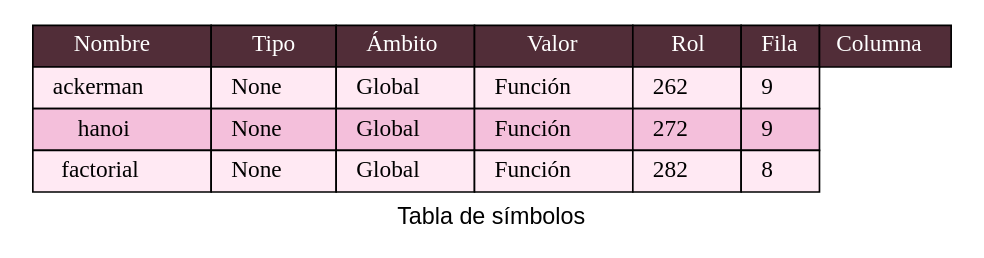
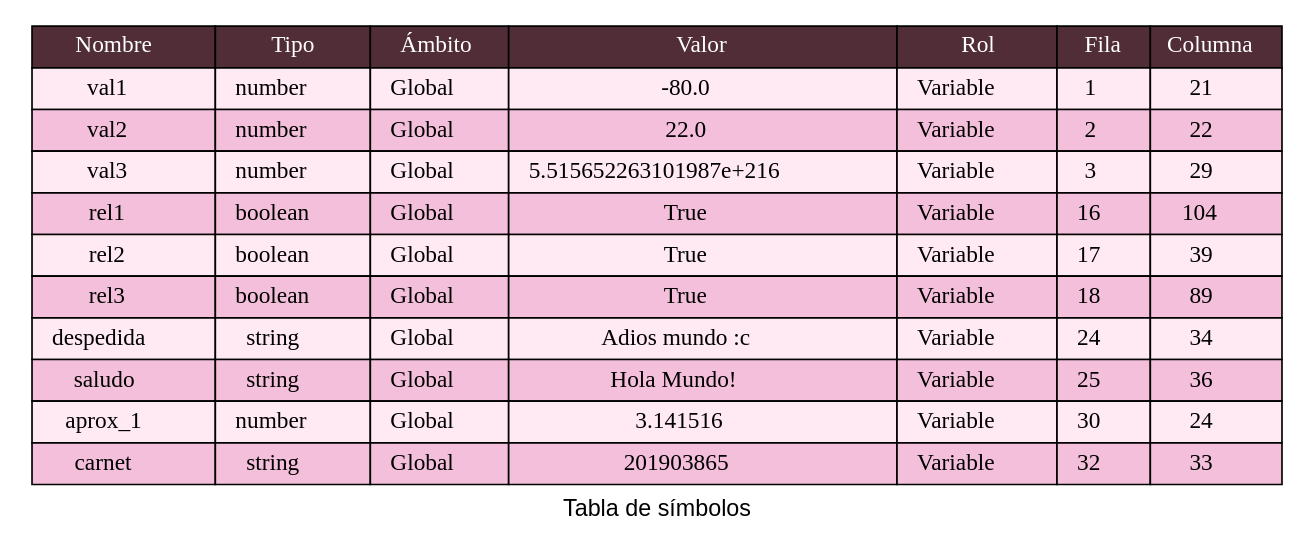
Before and after one commit to LuisaMariaO/OLC2P1-Luisa-Ortiz-Marjorie-Reyes: the diagram in Fase 1/backend/TablaSimbolos.dot, drawn with Graphviz. The commit also changed 9 other files, not shown here.

```diff
--- a/Fase 1/backend/TablaSimbolos.dot
+++ b/Fase 1/backend/TablaSimbolos.dot
@@ -1,42 +1,108 @@
 digraph {
             fontname="Arial"
             label = "Tabla de símbolos"
             node[shape=none]
             n1[label=<
             <table BORDER="0" CELLBORDER="1" CELLSPACING="0" CELLPADDING="4">]
             <tr>
             <td bgcolor="#512D38"> <font color="white">Nombre </font></td>
             <td bgcolor="#512D38"> <font color="white">Tipo</font></td>
             <td bgcolor="#512D38"> <font color="white">Ámbito</font></td>
             <td bgcolor="#512D38"> <font color="white">Valor</font></td>
             <td bgcolor="#512D38"> <font color="white">Rol</font></td>
             <td bgcolor="#512D38"> <font color="white">Fila</font></td>
             <td bgcolor="#512D38"> <font color="white">Columna</font></td>
             </tr>
 <tr>
-<td bgcolor="#FFE9F3">   ackerman   </td>
-<td bgcolor="#FFE9F3">   None   </td>
+<td bgcolor="#FFE9F3">   val1   </td>
+<td bgcolor="#FFE9F3">   number   </td>
 <td bgcolor="#FFE9F3">   Global   </td>
-<td bgcolor="#FFE9F3">   Función   </td>
-<td bgcolor="#FFE9F3">   262   </td>
-<td bgcolor="#FFE9F3">   9   </td>
+<td bgcolor="#FFE9F3">   -80.0   </td>
+<td bgcolor="#FFE9F3">   Variable   </td>
+<td bgcolor="#FFE9F3">   1   </td>
+<td bgcolor="#FFE9F3">   21   </td>
 </tr>
 <tr>
-<td bgcolor="#F4BFDB">   hanoi   </td>
-<td bgcolor="#F4BFDB">   None   </td>
+<td bgcolor="#F4BFDB">   val2   </td>
+<td bgcolor="#F4BFDB">   number   </td>
 <td bgcolor="#F4BFDB">   Global   </td>
-<td bgcolor="#F4BFDB">   Función   </td>
-<td bgcolor="#F4BFDB">   272   </td>
-<td bgcolor="#F4BFDB">   9   </td>
+<td bgcolor="#F4BFDB">   22.0   </td>
+<td bgcolor="#F4BFDB">   Variable   </td>
+<td bgcolor="#F4BFDB">   2   </td>
+<td bgcolor="#F4BFDB">   22   </td>
 </tr>
 <tr>
-<td bgcolor="#FFE9F3">   factorial   </td>
-<td bgcolor="#FFE9F3">   None   </td>
+<td bgcolor="#FFE9F3">   val3   </td>
+<td bgcolor="#FFE9F3">   number   </td>
 <td bgcolor="#FFE9F3">   Global   </td>
-<td bgcolor="#FFE9F3">   Función   </td>
-<td bgcolor="#FFE9F3">   282   </td>
-<td bgcolor="#FFE9F3">   8   </td>
+<td bgcolor="#FFE9F3">   5.515652263101987e+216   </td>
+<td bgcolor="#FFE9F3">   Variable   </td>
+<td bgcolor="#FFE9F3">   3   </td>
+<td bgcolor="#FFE9F3">   29   </td>
+</tr>
+<tr>
+<td bgcolor="#F4BFDB">   rel1   </td>
+<td bgcolor="#F4BFDB">   boolean   </td>
+<td bgcolor="#F4BFDB">   Global   </td>
+<td bgcolor="#F4BFDB">   True   </td>
+<td bgcolor="#F4BFDB">   Variable   </td>
+<td bgcolor="#F4BFDB">   16   </td>
+<td bgcolor="#F4BFDB">   104   </td>
+</tr>
+<tr>
+<td bgcolor="#FFE9F3">   rel2   </td>
+<td bgcolor="#FFE9F3">   boolean   </td>
+<td bgcolor="#FFE9F3">   Global   </td>
+<td bgcolor="#FFE9F3">   True   </td>
+<td bgcolor="#FFE9F3">   Variable   </td>
+<td bgcolor="#FFE9F3">   17   </td>
+<td bgcolor="#FFE9F3">   39   </td>
+</tr>
+<tr>
+<td bgcolor="#F4BFDB">   rel3   </td>
+<td bgcolor="#F4BFDB">   boolean   </td>
+<td bgcolor="#F4BFDB">   Global   </td>
+<td bgcolor="#F4BFDB">   True   </td>
+<td bgcolor="#F4BFDB">   Variable   </td>
+<td bgcolor="#F4BFDB">   18   </td>
+<td bgcolor="#F4BFDB">   89   </td>
+</tr>
+<tr>
+<td bgcolor="#FFE9F3">   despedida   </td>
+<td bgcolor="#FFE9F3">   string   </td>
+<td bgcolor="#FFE9F3">   Global   </td>
+<td bgcolor="#FFE9F3">   Adios mundo :c   </td>
+<td bgcolor="#FFE9F3">   Variable   </td>
+<td bgcolor="#FFE9F3">   24   </td>
+<td bgcolor="#FFE9F3">   34   </td>
+</tr>
+<tr>
+<td bgcolor="#F4BFDB">   saludo   </td>
+<td bgcolor="#F4BFDB">   string   </td>
+<td bgcolor="#F4BFDB">   Global   </td>
+<td bgcolor="#F4BFDB">   Hola Mundo!    </td>
+<td bgcolor="#F4BFDB">   Variable   </td>
+<td bgcolor="#F4BFDB">   25   </td>
+<td bgcolor="#F4BFDB">   36   </td>
+</tr>
+<tr>
+<td bgcolor="#FFE9F3">   aprox_1   </td>
+<td bgcolor="#FFE9F3">   number   </td>
+<td bgcolor="#FFE9F3">   Global   </td>
+<td bgcolor="#FFE9F3">   3.141516   </td>
+<td bgcolor="#FFE9F3">   Variable   </td>
+<td bgcolor="#FFE9F3">   30   </td>
+<td bgcolor="#FFE9F3">   24   </td>
+</tr>
+<tr>
+<td bgcolor="#F4BFDB">   carnet   </td>
+<td bgcolor="#F4BFDB">   string   </td>
+<td bgcolor="#F4BFDB">   Global   </td>
+<td bgcolor="#F4BFDB">   201903865   </td>
+<td bgcolor="#F4BFDB">   Variable   </td>
+<td bgcolor="#F4BFDB">   32   </td>
+<td bgcolor="#F4BFDB">   33   </td>
 </tr>
 </table>
     >]
     }
```
